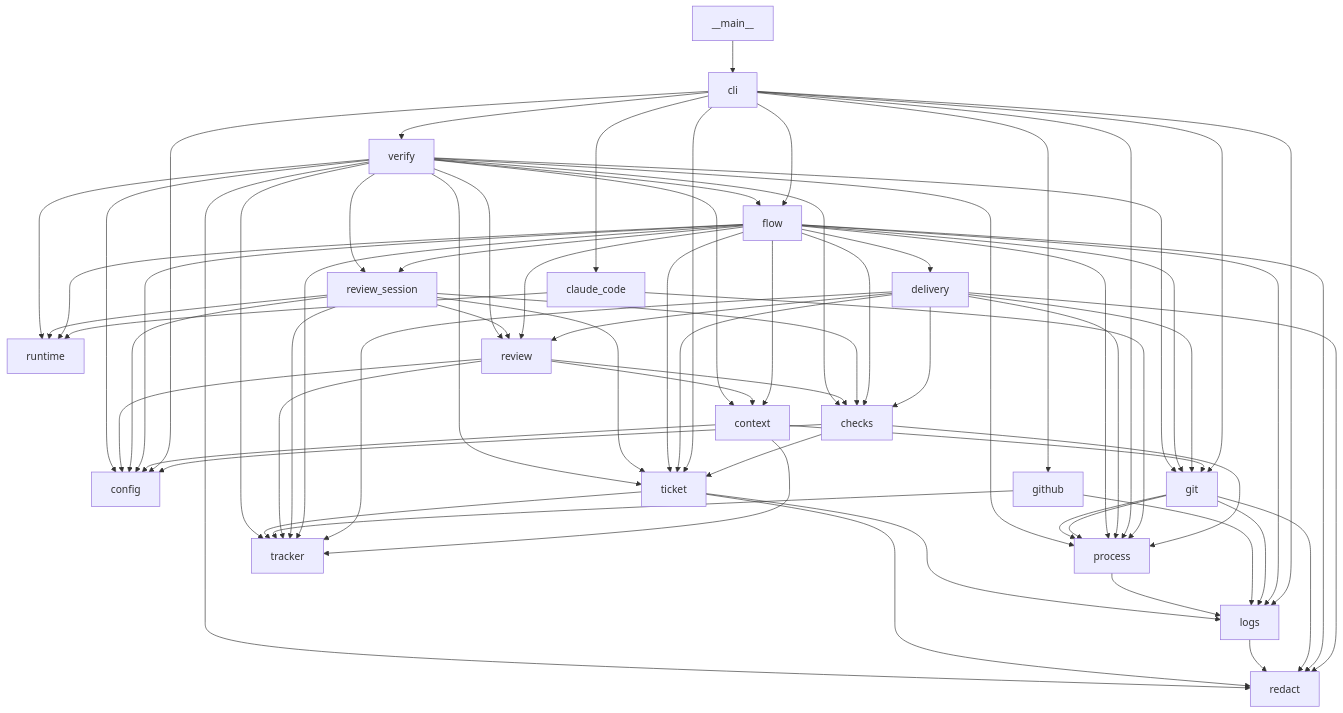
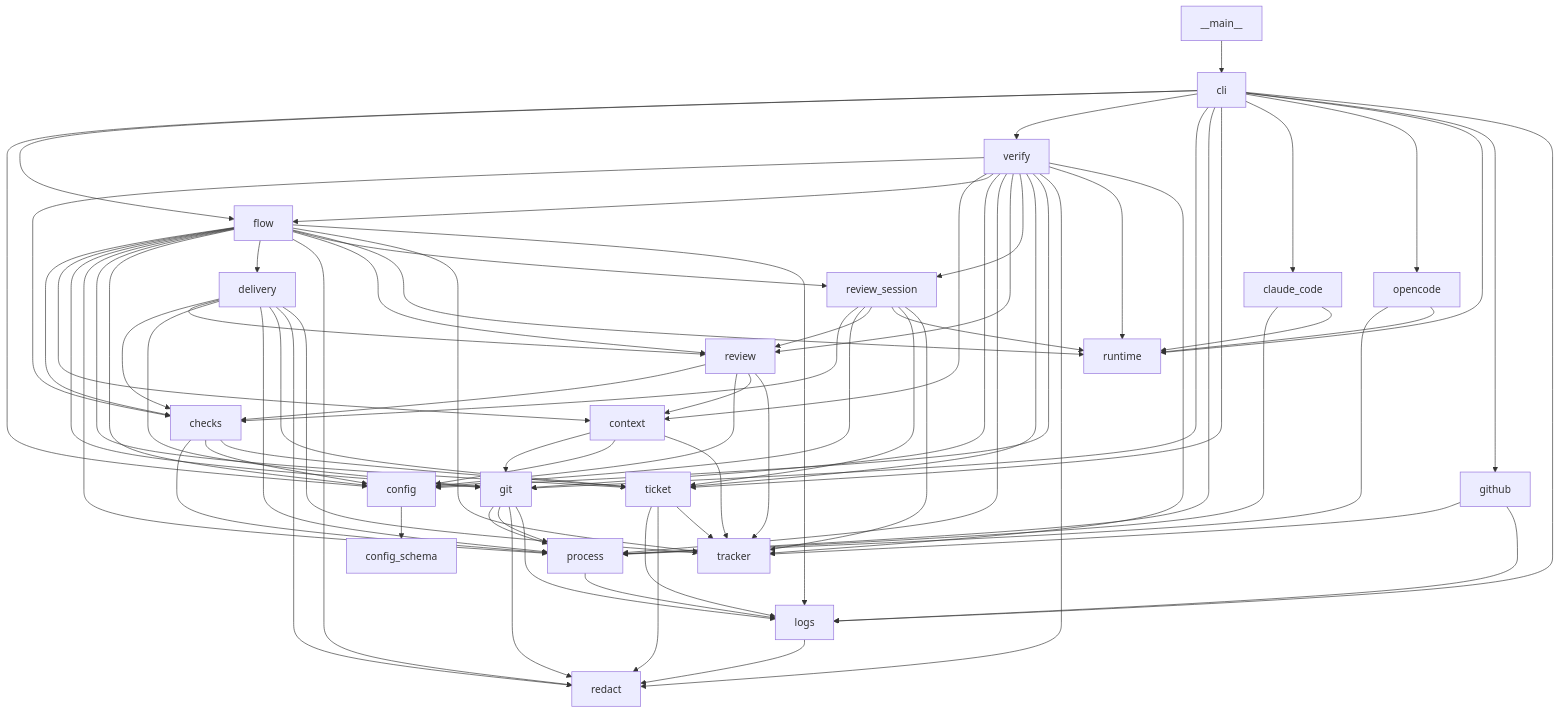
The first of 3 diagrams in docs/architecture/3-components.md (plaplanche/ariane), drawn with Mermaid before and after one commit. The commit also changed other lines of this file and 28 other files, not shown here.

````diff
--- a/docs/architecture/3-components.md
+++ b/docs/architecture/3-components.md
@@ -8,74 +8,79 @@
 ```mermaid
 flowchart TD
   __main__ --> cli
   checks --> process
   checks --> config
   checks --> ticket
   claude_code --> process
   claude_code --> runtime
+  opencode --> process
+  opencode --> runtime
   cli --> config
+  config --> config_schema
   cli --> flow
   cli --> verify
   cli --> git
   cli --> process
   cli --> ticket
   cli --> claude_code
+  cli --> opencode
+  cli --> runtime
   cli --> github
   context --> git
   context --> config
   context --> tracker
   delivery --> checks
   delivery --> review
   delivery --> git
   delivery --> process
   delivery --> ticket
   delivery --> redact
   delivery --> tracker
   flow --> checks
   flow --> context
   flow --> git
   flow --> process
   flow --> ticket
   flow --> config
   flow --> delivery
   flow --> redact
   flow --> review
   flow --> review_session
   flow --> runtime
   flow --> tracker
   git --> process
   review_session --> checks
   review_session --> config
   review_session --> review
   review_session --> runtime
   review_session --> ticket
   review_session --> tracker
   review --> checks
   review --> config
   review --> context
   review --> tracker
   git --> process
   git --> redact
   github --> tracker
   logs --> redact
   cli --> logs
   flow --> logs
   git --> logs
   github --> logs
   process --> logs
   ticket --> logs
   ticket --> redact
   ticket --> tracker
   verify --> checks
   verify --> context
   verify --> flow
   verify --> git
   verify --> process
   verify --> review
   verify --> review_session
   verify --> ticket
   verify --> config
   verify --> redact
   verify --> runtime
   verify --> tracker
 ```
````
